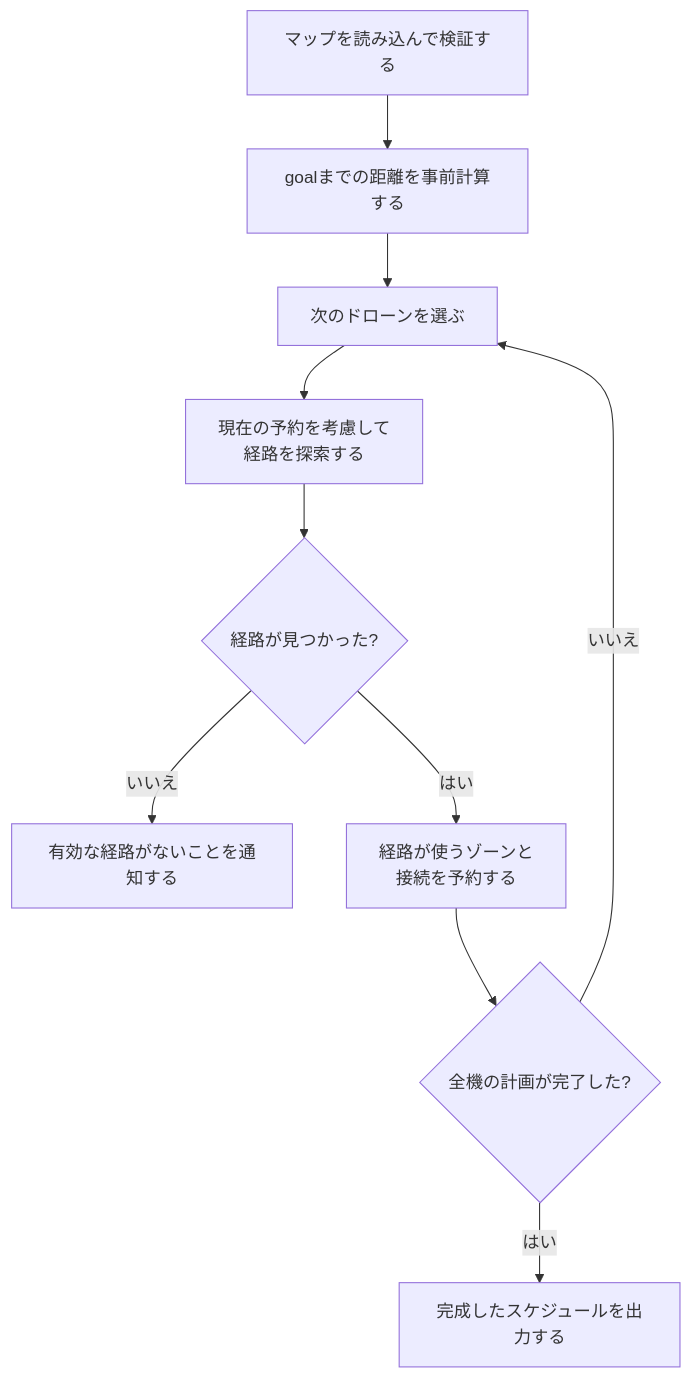
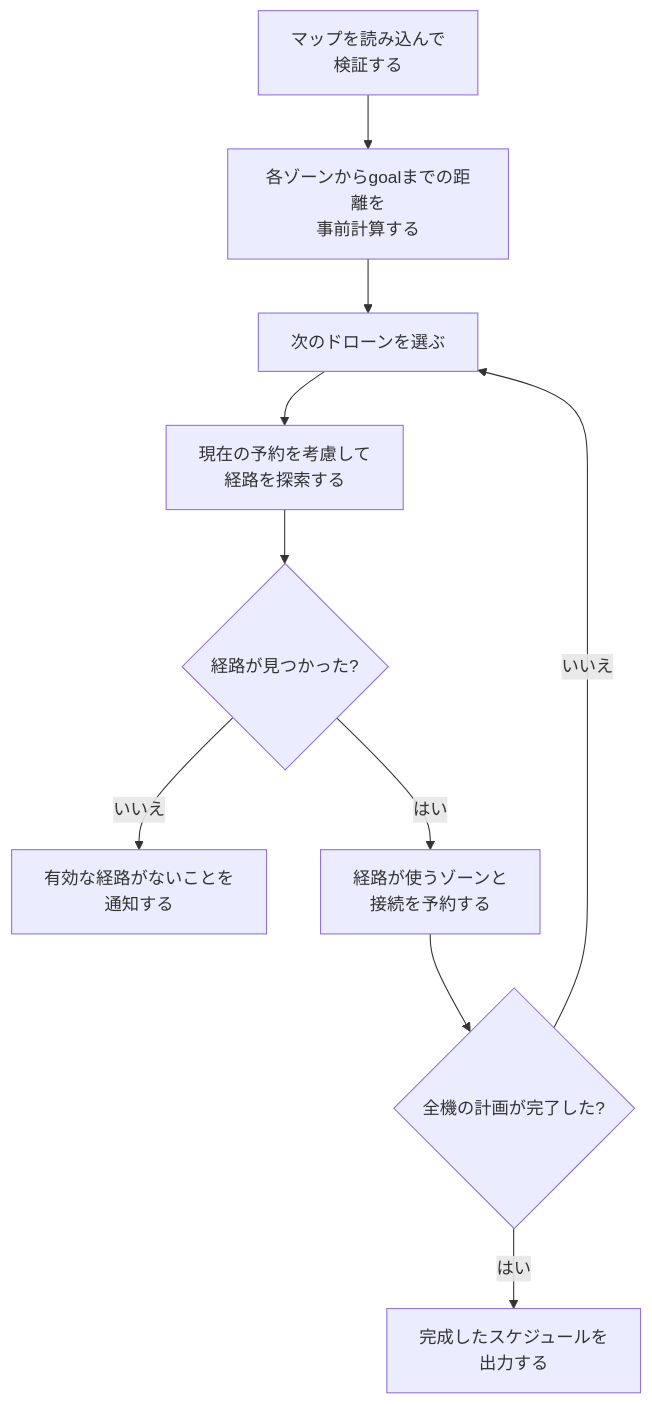
The second of 2 diagrams in README.md (tsito2602/42cursus-fly_in), drawn with Mermaid before and after one commit. The commit also changed other lines of this file, not shown here.

Commit message:
フローチャートを修正

```diff
--- a/README.md
+++ b/README.md
@@ -546,12 +546,12 @@
 ~~~mermaid
 flowchart TD
-    A["マップを読み込んで検証する"] --> B["goalまでの距離を事前計算する"]
+    A["マップを読み込んで<br/>検証する"] --> B["各ゾーンからgoalまでの距離を<br/>事前計算する"]
     B --> C["次のドローンを選ぶ"]
     C --> D["現在の予約を考慮して<br/>経路を探索する"]
     D --> E{"経路が見つかった?"}
-    E -- いいえ --> F["有効な経路がないことを通知する"]
+    E -- いいえ --> F["有効な経路がないことを<br/>通知する"]
     E -- はい --> G["経路が使うゾーンと<br/>接続を予約する"]
     G --> H{"全機の計画が完了した?"}
     H -- いいえ --> C
-    H -- はい --> I["完成したスケジュールを出力する"]
+    H -- はい --> I["完成したスケジュールを<br/>出力する"]
 ~~~
```
